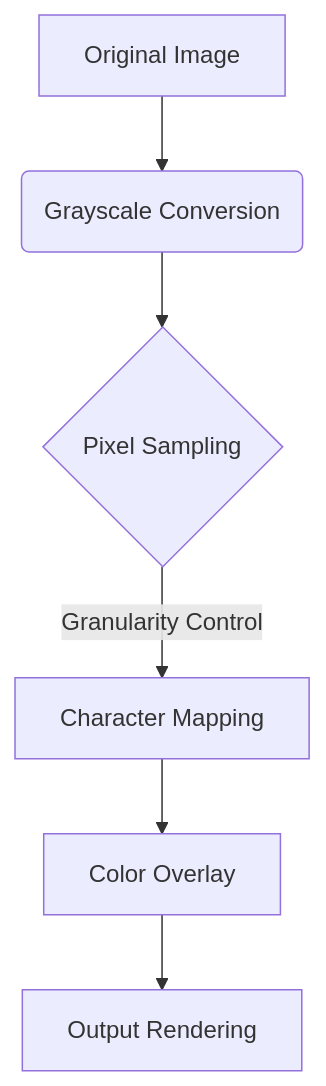
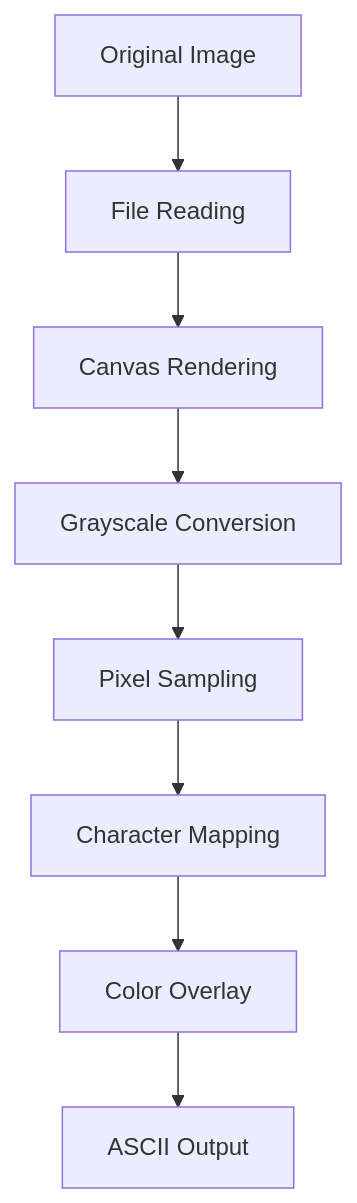
Before and after one commit to ChaoticArray516/ASCII-GraphiConvert: the diagram in README.md, drawn with Mermaid. The commit also changed other lines of this file, not shown here.

````diff
--- a/README.md
+++ b/README.md
@@ -87,8 +77,10 @@
 ```mermaid
 graph TD
-    A[Original Image] --> B(Grayscale Conversion)
-    B --> C{Pixel Sampling}
-    C -->|Granularity Control| D[Character Mapping]
-    D --> E[Color Overlay]
-    E --> F[Output Rendering]
+    A[Original Image] --> B[File Reading]
+    B --> C[Canvas Rendering]
+    C --> D[Grayscale Conversion]
+    D --> E[Pixel Sampling]
+    E --> F[Character Mapping]
+    F --> G[Color Overlay]
+    G --> H[ASCII Output]
 ```
````
